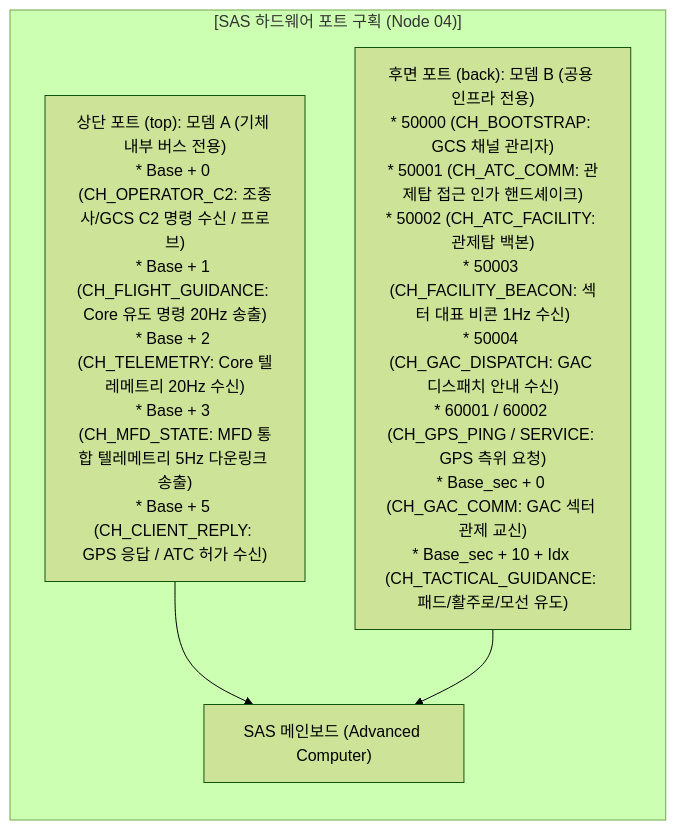
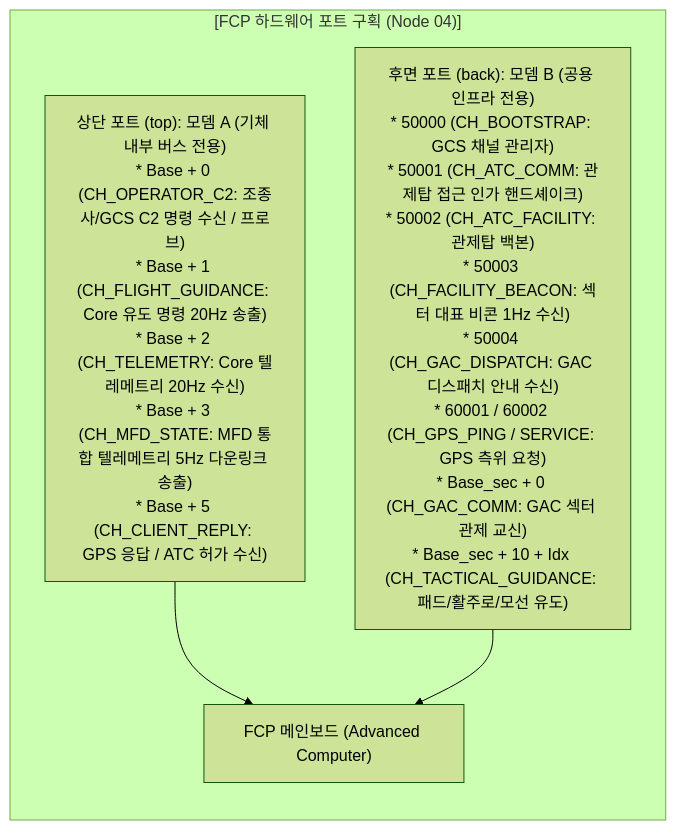
The second of 11 diagrams in docs/specs/2_guidance/fcp/FCP_PROGRAM_SPECIFICATION.md (Polimachi/Aeroneutics_Autopilot), drawn with Mermaid (forest theme) before and after one commit. The commit also changed other lines of this file and 3 other files, not shown here.

````diff
--- a/docs/specs/2_guidance/fcp/FCP_PROGRAM_SPECIFICATION.md
+++ b/docs/specs/2_guidance/fcp/FCP_PROGRAM_SPECIFICATION.md
@@ -162,12 +163,12 @@
 ```mermaid
 flowchart TD
-    subgraph UAP_PORTS["[SAS 하드웨어 포트 구획 (Node 04)]"]
+    subgraph FCP_PORTS["[FCP 하드웨어 포트 구획 (Node 04)]"]
         direction TB
         PORT_TOP["상단 포트 (top): 모뎀 A (기체 내부 버스 전용)<br/>* Base + 0 (CH_OPERATOR_C2: 조종사/GCS C2 명령 수신 / 프로브)<br/>* Base + 1 (CH_FLIGHT_GUIDANCE: Core 유도 명령 20Hz 송출)<br/>* Base + 2 (CH_TELEMETRY: Core 텔레메트리 20Hz 수신)<br/>* Base + 3 (CH_MFD_STATE: MFD 통합 텔레메트리 5Hz 다운링크 송출)<br/>* Base + 5 (CH_CLIENT_REPLY: GPS 응답 / ATC 허가 수신)"]
         PORT_BACK["후면 포트 (back): 모뎀 B (공용 인프라 전용)<br/>* 50000 (CH_BOOTSTRAP: GCS 채널 관리자)<br/>* 50001 (CH_ATC_COMM: 관제탑 접근 인가 핸드셰이크)<br/>* 50002 (CH_ATC_FACILITY: 관제탑 백본)<br/>* 50003 (CH_FACILITY_BEACON: 섹터 대표 비콘 1Hz 수신)<br/>* 50004 (CH_GAC_DISPATCH: GAC 디스패치 안내 수신)<br/>* 60001 / 60002 (CH_GPS_PING / SERVICE: GPS 측위 요청)<br/>* Base_sec + 0 (CH_GAC_COMM: GAC 섹터 관제 교신)<br/>* Base_sec + 10 + Idx (CH_TACTICAL_GUIDANCE: 패드/활주로/모선 유도)"]
-        PC["SAS 메인보드 (Advanced Computer)"]
+        PC["FCP 메인보드 (Advanced Computer)"]
     end
 
     PORT_TOP --> PC
     PORT_BACK --> PC
 ```
````
